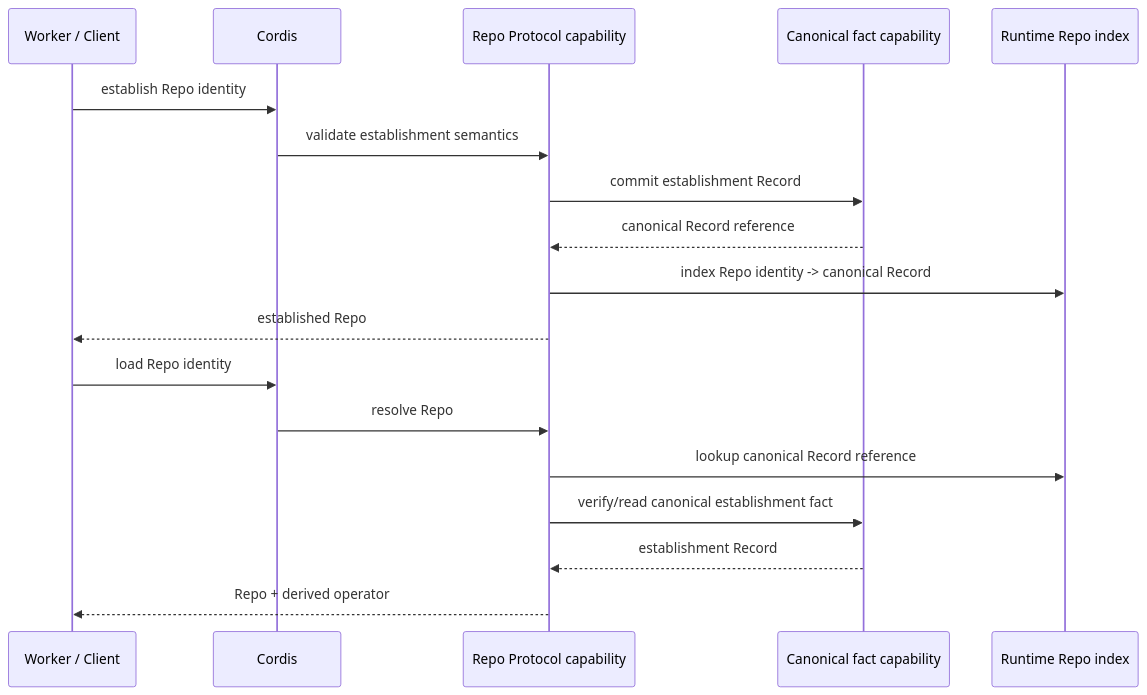
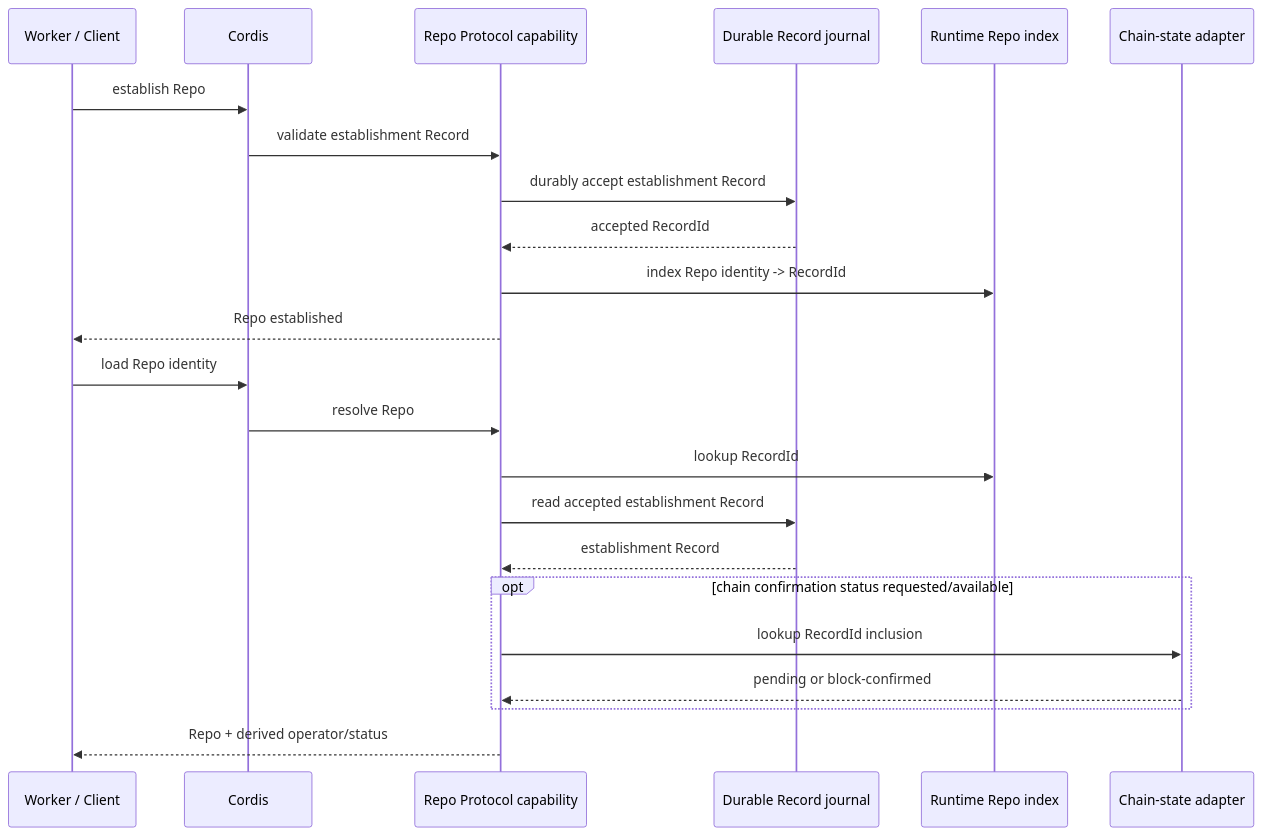
One commit to labourchain/repository changed the third of 5 diagrams in docs/architecture.md. Above: the diagram before and after it, drawn with Mermaid. The commit also changed other lines of this file, not shown here.

Commit message:
docs: separate durable Record ingress from block confirmation

````diff
--- a/docs/architecture.md
+++ b/docs/architecture.md
@@ -179,22 +201,27 @@
 ```mermaid
 sequenceDiagram
     participant Worker as Worker / Client
     participant Cordis as Cordis
     participant Repo as Repo Protocol capability
-    participant Chain as Canonical fact capability
+    participant Journal as Durable Record journal
     participant Index as Runtime Repo index
+    participant Chain as Chain-state adapter
 
-    Worker->>Cordis: establish Repo identity
-    Cordis->>Repo: validate establishment semantics
-    Repo->>Chain: commit establishment Record
-    Chain-->>Repo: canonical Record reference
-    Repo->>Index: index Repo identity -> canonical Record
-    Repo-->>Worker: established Repo
+    Worker->>Cordis: establish Repo
+    Cordis->>Repo: validate establishment Record
+    Repo->>Journal: durably accept establishment Record
+    Journal-->>Repo: accepted RecordId
+    Repo->>Index: index Repo identity -> RecordId
+    Repo-->>Worker: Repo established
 
     Worker->>Cordis: load Repo identity
     Cordis->>Repo: resolve Repo
-    Repo->>Index: lookup canonical Record reference
-    Repo->>Chain: verify/read canonical establishment fact
-    Chain-->>Repo: establishment Record
-    Repo-->>Worker: Repo + derived operator
+    Repo->>Index: lookup RecordId
+    Repo->>Journal: read accepted establishment Record
+    Journal-->>Repo: establishment Record
+    opt chain confirmation status requested/available
+        Repo->>Chain: lookup RecordId inclusion
+        Chain-->>Repo: pending or block-confirmed
+    end
+    Repo-->>Worker: Repo + derived operator/status
 ```
````
